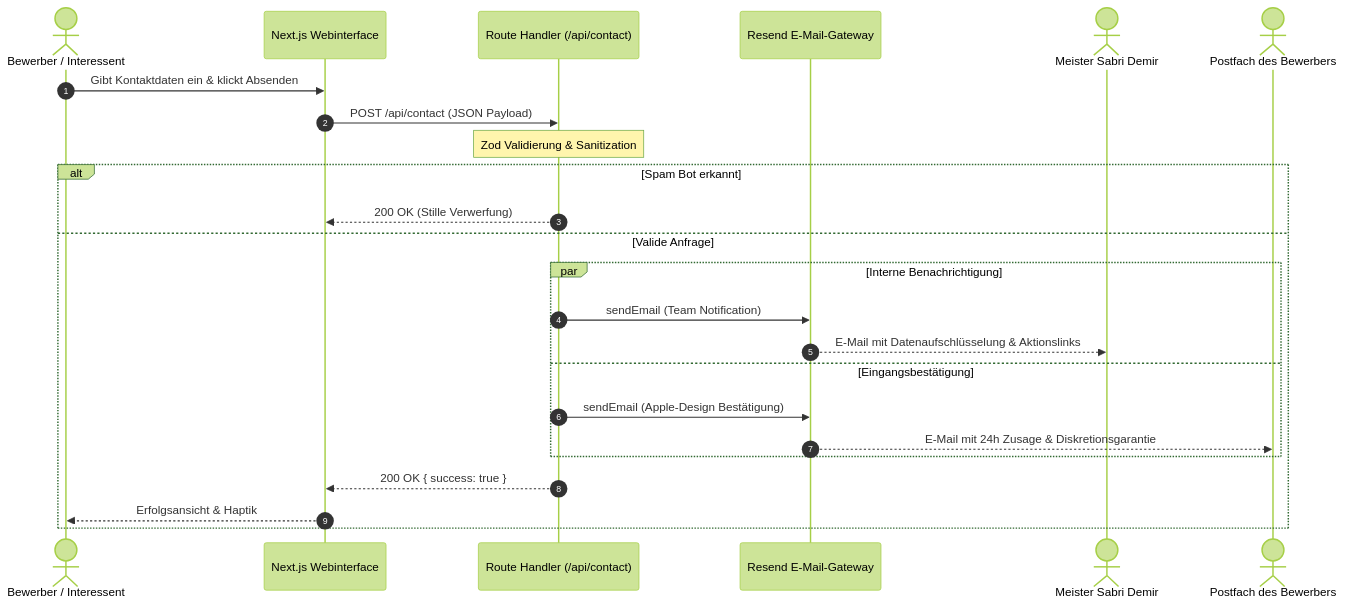
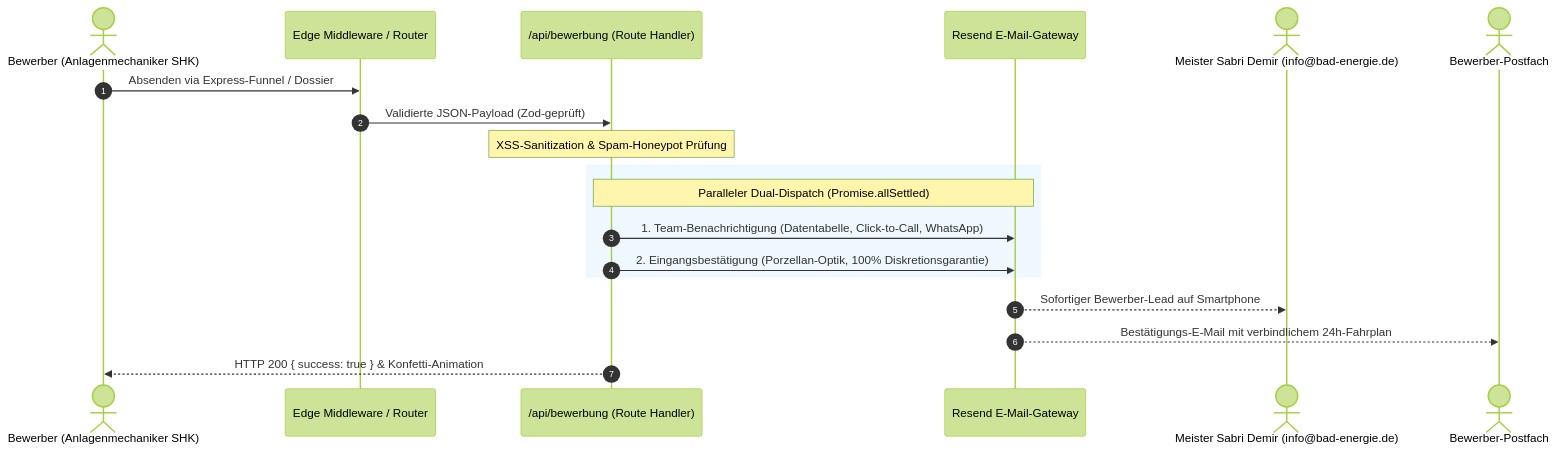
One commit to umutcantezgel-cpu/Bad-und-Energie-Bewerbung changed the second of 2 diagrams in README.md. Above: the diagram before and after it, drawn with Mermaid (forest theme). The commit also changed other lines of this file, not shown here.

Commit message:
docs(readme): comprehensive institutional platform documentation, valuation analysis, and architecture guides

````diff
--- a/README.md
+++ b/README.md
@@ -88,28 +113,24 @@
 ```mermaid
 sequenceDiagram
     autonumber
-    actor Candidate as Bewerber / Interessent
-    participant Frontend as Next.js Webinterface
-    participant API as Route Handler (/api/contact)
+    actor Candidate as Bewerber (Anlagenmechaniker SHK)
+    participant Edge as Edge Middleware / Router
+    participant API as /api/bewerbung (Route Handler)
     participant Resend as Resend E-Mail-Gateway
-    actor Team as Meister Sabri Demir
-    actor Mailbox as Postfach des Bewerbers
+    actor Boss as Meister Sabri Demir (info@bad-energie.de)
+    actor Mailbox as Bewerber-Postfach
 
-    Candidate->>Frontend: Gibt Kontaktdaten ein & klickt Absenden
-    Frontend->>API: POST /api/contact (JSON Payload)
-    Note over API: Zod Validierung & Sanitization
+    Candidate->>Edge: Absenden via Express-Funnel / Dossier
+    Edge->>API: Validierte JSON-Payload (Zod-geprüft)
+    Note over API: XSS-Sanitization & Spam-Honeypot Prüfung
     
-    alt Spam Bot erkannt
-        API-->>Frontend: 200 OK (Stille Verwerfung)
-    else Valide Anfrage
-        par Interne Benachrichtigung
-            API->>Resend: sendEmail (Team Notification)
-            Resend-->>Team: E-Mail mit Datenaufschlüsselung & Aktionslinks
-        and Eingangsbestätigung
-            API->>Resend: sendEmail (Apple-Design Bestätigung)
-            Resend-->>Mailbox: E-Mail mit 24h Zusage & Diskretionsgarantie
-        end
-        API-->>Frontend: 200 OK { success: true }
-        Frontend-->>Candidate: Erfolgsansicht & Haptik
+    rect rgb(240, 248, 255)
+        Note over API,Resend: Paralleler Dual-Dispatch (Promise.allSettled)
+        API->>Resend: 1. Team-Benachrichtigung (Datentabelle, Click-to-Call, WhatsApp)
+        API->>Resend: 2. Eingangsbestätigung (Porzellan-Optik, 100% Diskretionsgarantie)
     end
+    
+    Resend-->>Boss: Sofortiger Bewerber-Lead auf Smartphone
+    Resend-->>Mailbox: Bestätigungs-E-Mail mit verbindlichem 24h-Fahrplan
+    API-->>Candidate: HTTP 200 { success: true } & Konfetti-Animation
 ```
````
